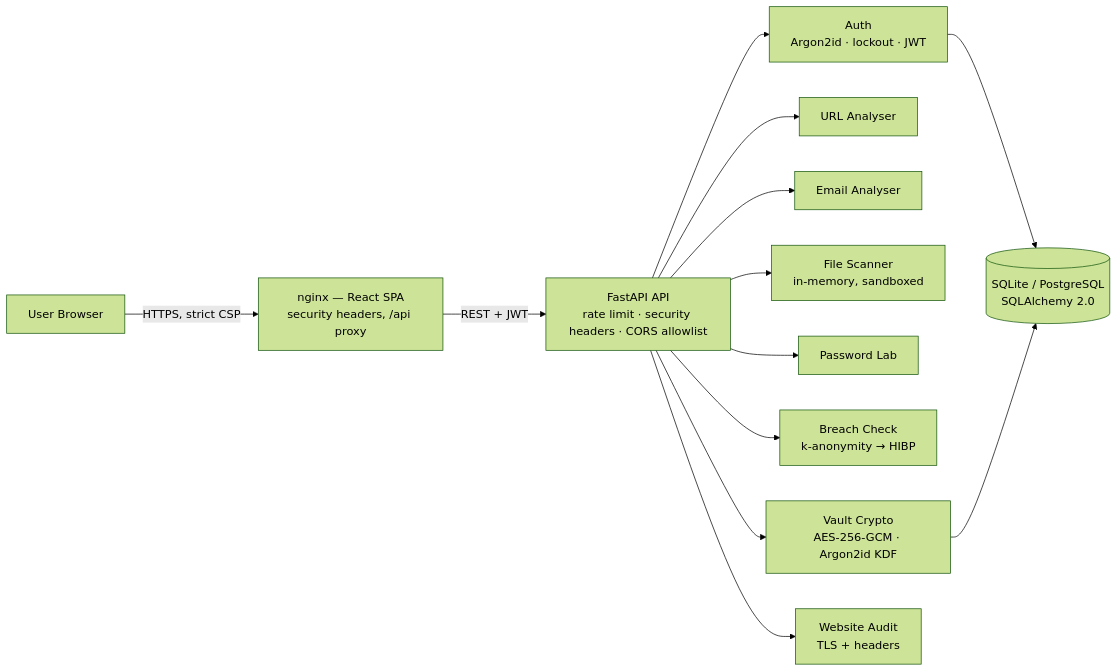
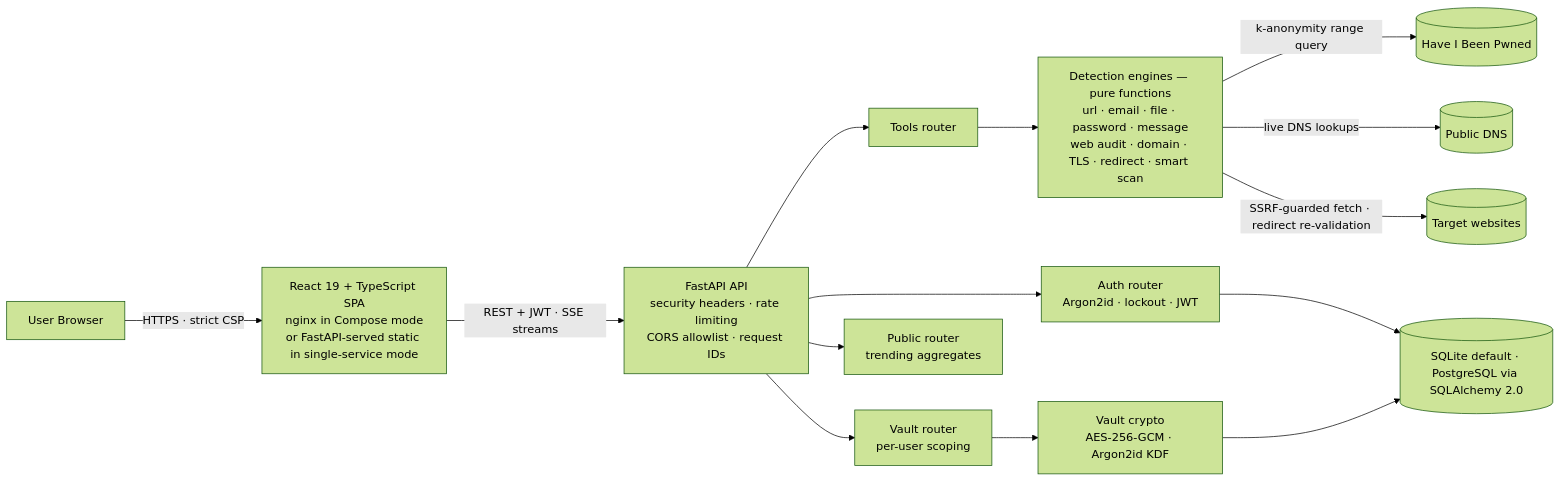
Before and after one commit to Manoj-2424150118/aegis-cyber-defense-platform: the diagram in README.md, drawn with Mermaid (forest theme). The commit also changed other lines of this file, not shown here.

Commit message:
docs: upgrade README with architecture, threat model and verified tool specs

````diff
--- a/README.md
+++ b/README.md
@@ -63,15 +53,16 @@
 ```mermaid
 flowchart LR
-    U[User Browser] -->|HTTPS, strict CSP| N[nginx — React SPA<br/>security headers, /api proxy]
-    N -->|REST + JWT| F[FastAPI API<br/>rate limit · security headers · CORS allowlist]
-    F --> A[Auth<br/>Argon2id · lockout · JWT]
-    F --> M1[URL Analyser]
-    F --> M2[Email Analyser]
-    F --> M3[File Scanner<br/>in-memory, sandboxed]
-    F --> M4[Password Lab]
-    F --> M5[Breach Check<br/>k-anonymity → HIBP]
-    F --> M6[Vault Crypto<br/>AES-256-GCM · Argon2id KDF]
-    F --> W[Website Audit<br/>TLS + headers]
-    A --> DB[(SQLite / PostgreSQL<br/>SQLAlchemy 2.0)]
-    M6 --> DB
+    U[User Browser] -->|HTTPS · strict CSP| N[React 19 + TypeScript SPA<br/>nginx in Compose mode<br/>or FastAPI-served static in single-service mode]
+    N -->|REST + JWT · SSE streams| F[FastAPI API<br/>security headers · rate limiting<br/>CORS allowlist · request IDs]
+    F --> R1[Tools router]
+    F --> R2[Auth router<br/>Argon2id · lockout · JWT]
+    F --> R3[Vault router<br/>per-user scoping]
+    F --> R4[Public router<br/>trending aggregates]
+    R1 --> M[Detection engines — pure functions<br/>url · email · file · password · message<br/>web audit · domain · TLS · redirect · smart scan]
+    R3 --> V[Vault crypto<br/>AES-256-GCM · Argon2id KDF]
+    M -->|k-anonymity range query| H[(Have I Been Pwned)]
+    M -->|live DNS lookups| D[(Public DNS)]
+    M -->|SSRF-guarded fetch · redirect re-validation| T[(Target websites)]
+    R2 --> DB[(SQLite default · PostgreSQL via SQLAlchemy 2.0)]
+    V --> DB
 ```
````
